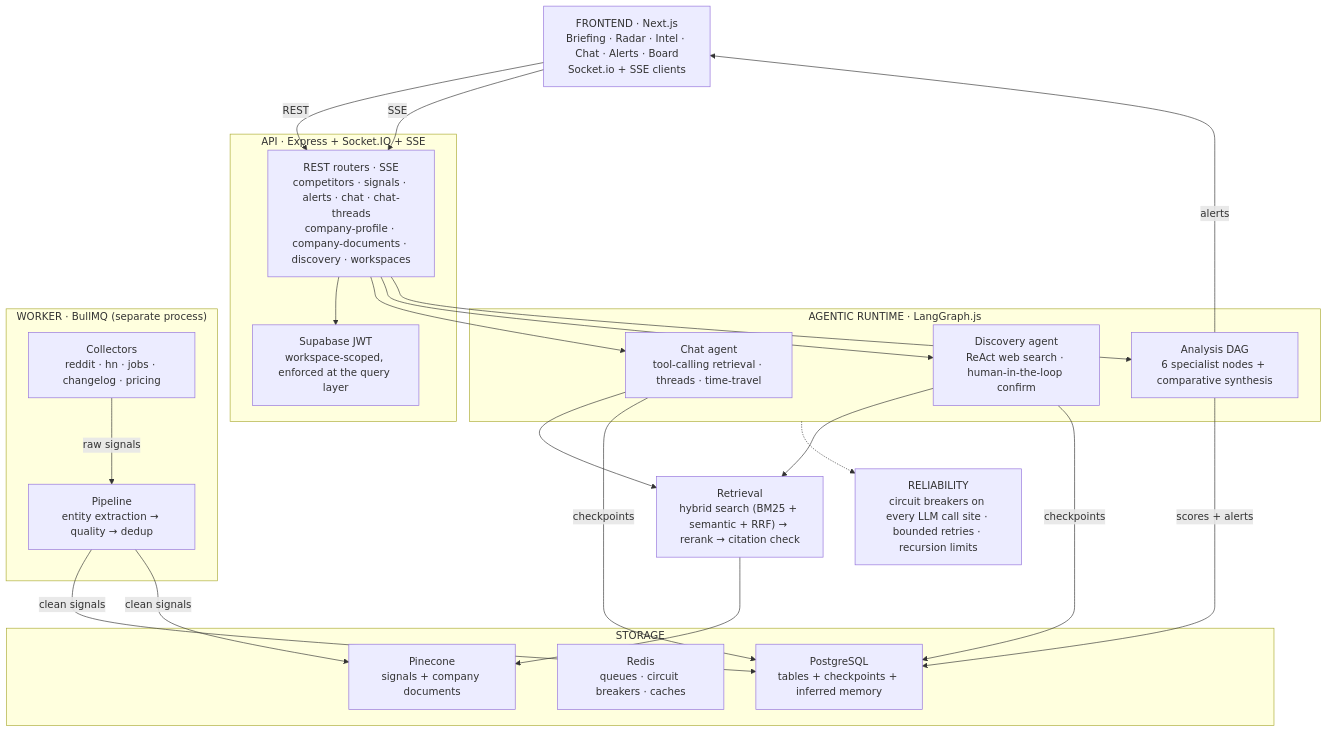
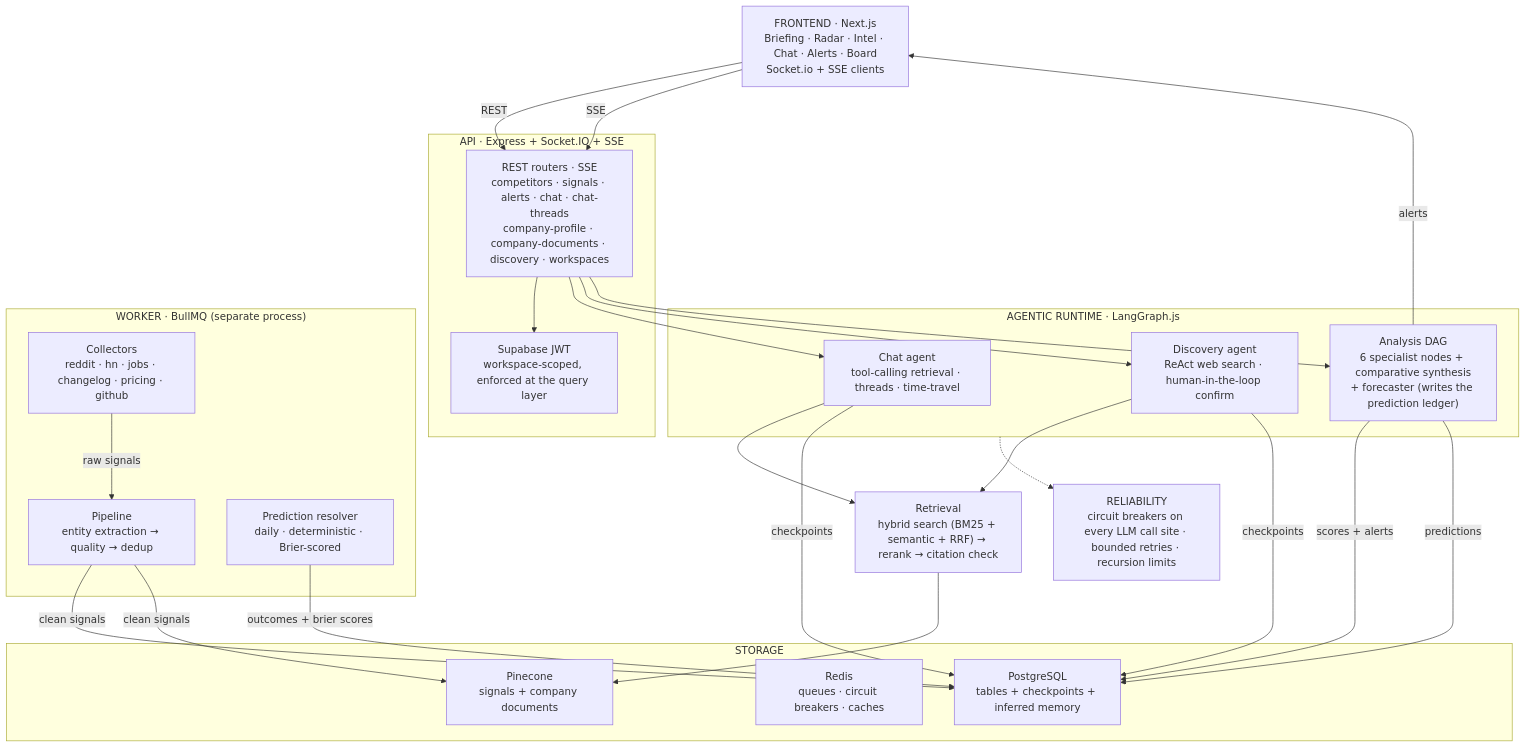
Before and after one commit to niloy-saha-123/Signal: the diagram in README.md, drawn with Mermaid. The commit also changed other lines of this file, not shown here.

First line of the commit message:
docs: document the prediction ledger, resolver and GitHub source

````diff
--- a/README.md
+++ b/README.md
@@ -75,48 +81,51 @@
 ```mermaid
 graph TB
     FE["FRONTEND · Next.js<br/>Briefing · Radar · Intel · Chat · Alerts · Board<br/>Socket.io + SSE clients"]
 
     subgraph API["API · Express + Socket.IO + SSE"]
         ROUTES["REST routers · SSE<br/>competitors · signals · alerts · chat · chat-threads<br/>company-profile · company-documents · discovery · workspaces"]
         AUTH["Supabase JWT<br/>workspace-scoped, enforced at the query layer"]
     end
 
     subgraph AGENTS["AGENTIC RUNTIME · LangGraph.js"]
         CHAT["Chat agent<br/>tool-calling retrieval · threads · time-travel"]
         DISC["Discovery agent<br/>ReAct web search · human-in-the-loop confirm"]
-        ANAL["Analysis DAG<br/>6 specialist nodes + comparative synthesis"]
+        ANAL["Analysis DAG<br/>6 specialist nodes + comparative synthesis<br/>+ forecaster (writes the prediction ledger)"]
     end
 
     subgraph WORKER["WORKER · BullMQ (separate process)"]
-        COLLECT["Collectors<br/>reddit · hn · jobs · changelog · pricing"]
+        COLLECT["Collectors<br/>reddit · hn · jobs · changelog · pricing · github"]
         PIPE["Pipeline<br/>entity extraction → quality → dedup"]
+        RESOLVE["Prediction resolver<br/>daily · deterministic · Brier-scored"]
     end
 
     RETRIEVAL["Retrieval<br/>hybrid search (BM25 + semantic + RRF) → rerank → citation check"]
 
     subgraph STORE["STORAGE"]
         PG["PostgreSQL<br/>tables + checkpoints + inferred memory"]
         REDIS["Redis<br/>queues · circuit breakers · caches"]
         PINECONE["Pinecone<br/>signals + company documents"]
     end
 
     REL["RELIABILITY<br/>circuit breakers on every LLM call site · bounded retries · recursion limits"]
 
     FE -->|REST| ROUTES
     FE -->|SSE| ROUTES
     ROUTES --> AUTH
     ROUTES --> CHAT
     ROUTES --> DISC
     ROUTES --> ANAL
     CHAT --> RETRIEVAL
     DISC --> RETRIEVAL
     RETRIEVAL --> PINECONE
     CHAT -->|checkpoints| PG
     DISC -->|checkpoints| PG
     COLLECT -->|raw signals| PIPE
     PIPE -->|clean signals| PG
     PIPE -->|clean signals| PINECONE
     ANAL -->|scores + alerts| PG
+    ANAL -->|predictions| PG
+    RESOLVE -->|outcomes + brier scores| PG
     ANAL -->|alerts| FE
     AGENTS -.-> REL
 ```
````
